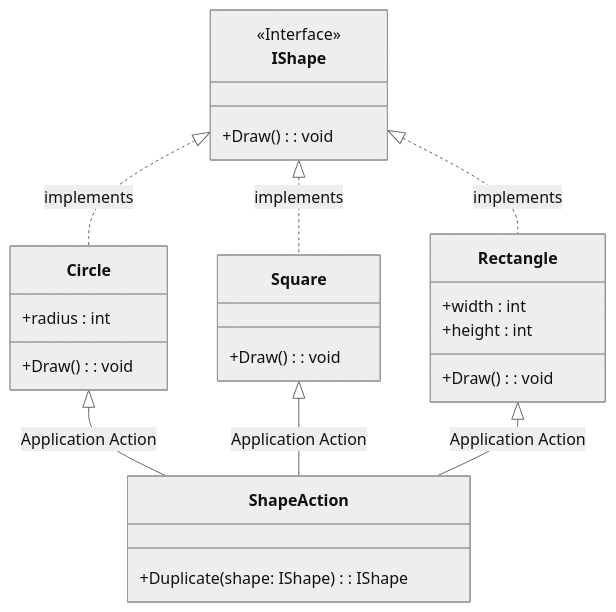
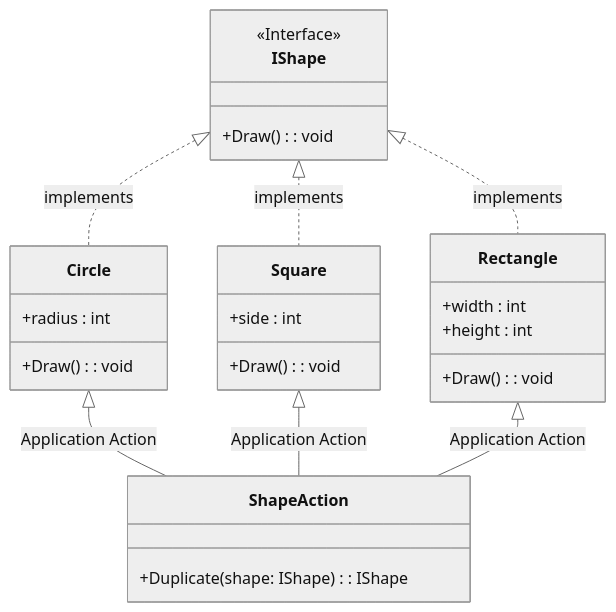
Before and after one commit to aldipascaa/Batch16: the diagram in mmd/Prototype Bad Example.mmd, drawn with Mermaid (neutral theme). The commit also changed other lines of this file and 631 other files, not shown here.

```diff
--- a/mmd/Prototype Bad Example.mmd
+++ b/mmd/Prototype Bad Example.mmd
@@ -1,33 +1,34 @@
 
 classDiagram
 
     class IShape {
       <<Interface>>
       +Draw() : void
     }
 
     class Circle{
       +radius : int
       +Draw() : void
     }
 
     class Square{
+      +side : int
       +Draw() : void
     }
 
     class Rectangle{
       +width : int
       +height : int
       +Draw() : void
     }
 
     class ShapeAction{
       +Duplicate(shape: IShape) : IShape
     }
 
     IShape <|.. Circle : implements
     IShape <|.. Square : implements
     IShape <|.. Rectangle: implements
     Circle <|-- ShapeAction : Application Action
     Square <|-- ShapeAction : Application Action
     Rectangle <|-- ShapeAction : Application Action
```
